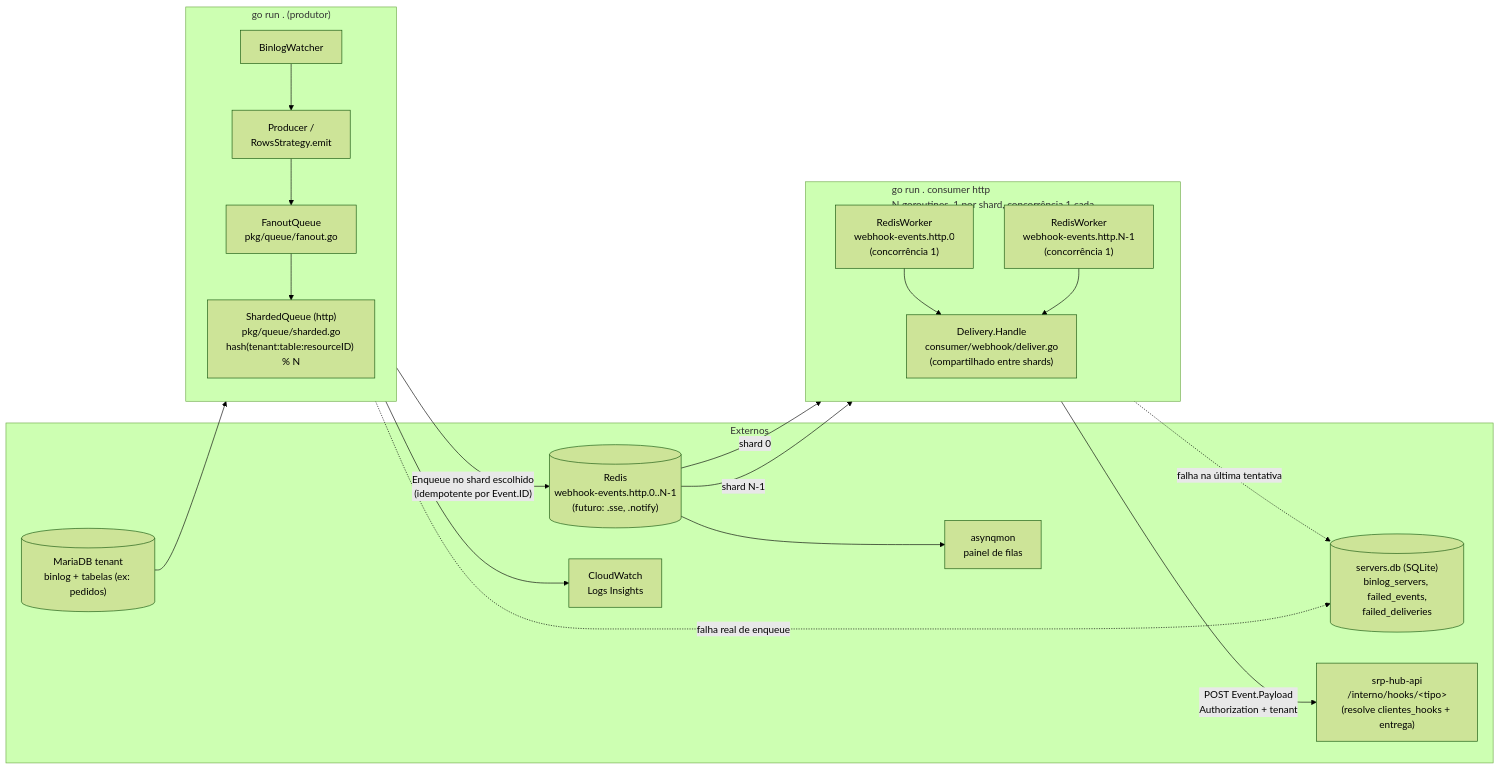
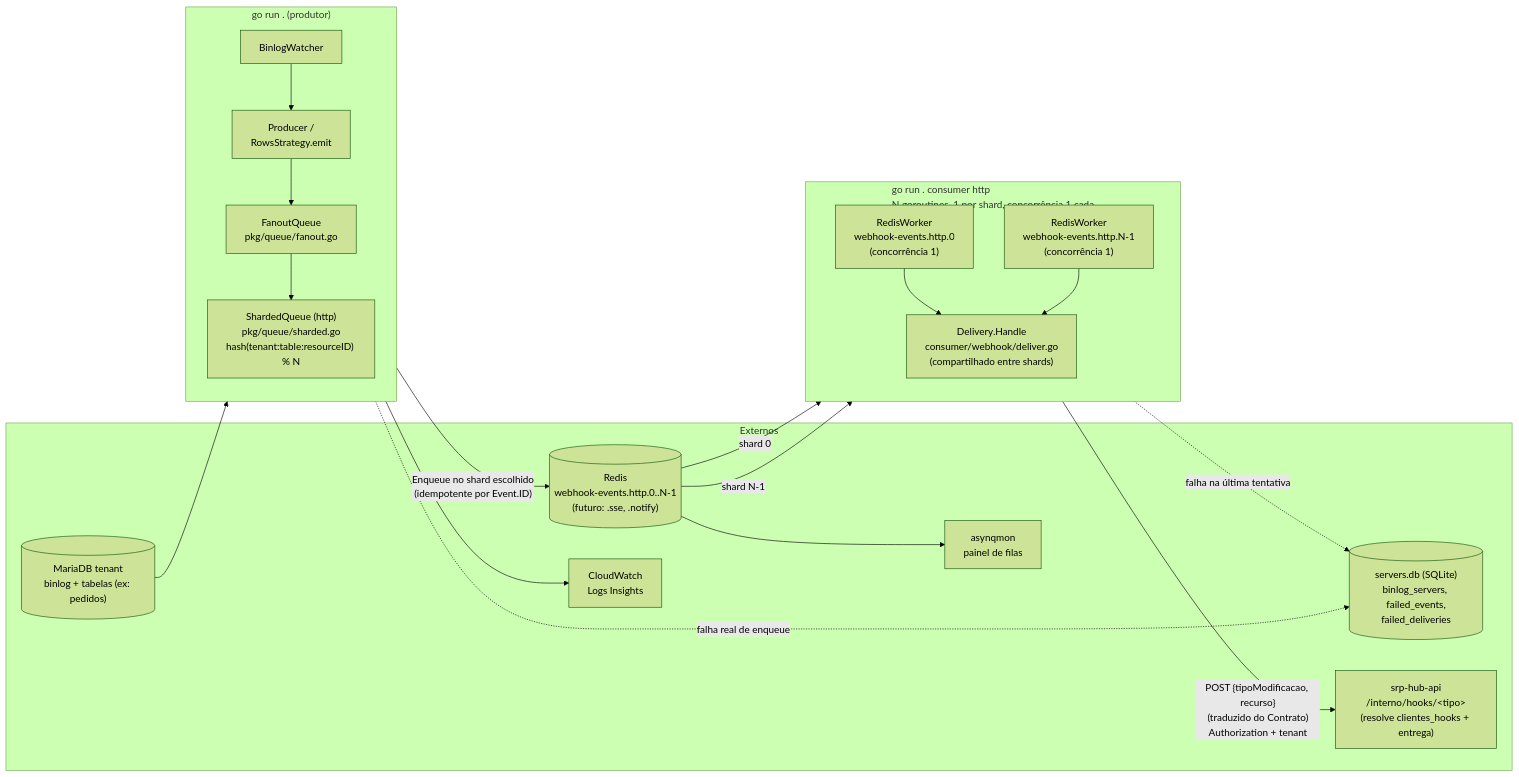
Before and after one commit to AlisonSimiao/webhook-watcher: the diagram in README.md, drawn with Mermaid (forest theme). The commit also changed other lines of this file and 18 other files, not shown here.

````diff
--- a/README.md
+++ b/README.md
@@ -79,36 +79,36 @@
 ```mermaid
 flowchart LR
     subgraph Ext["Externos"]
         MDB[("MariaDB tenant<br/>binlog + tabelas (ex: pedidos)")]
         SQLITE[("servers.db (SQLite)<br/>binlog_servers, failed_events,<br/>failed_deliveries")]
         REDIS[("Redis<br/>webhook-events.http.0..N-1<br/>(futuro: .sse, .notify)")]
         ASYNQMON["asynqmon<br/>painel de filas"]
         SRPAPI["srp-hub-api<br/>/interno/hooks/&lt;tipo&gt;<br/>(resolve clientes_hooks + entrega)"]
         CLOUD["CloudWatch<br/>Logs Insights"]
     end
 
     subgraph Producer["go run . (produtor)"]
         direction TB
         BW["BinlogWatcher"]
         PROD["Producer /<br/>RowsStrategy.emit"]
         FANOUT["FanoutQueue<br/>pkg/queue/fanout.go"]
         SHARD["ShardedQueue (http)<br/>pkg/queue/sharded.go<br/>hash(tenant:table:resourceID) % N"]
     end
 
     subgraph ConsumerHTTP["go run . consumer http<br/>N goroutines, 1 por shard, concorrência 1 cada"]
         direction TB
         WORKER0["RedisWorker<br/>webhook-events.http.0<br/>(concorrência 1)"]
         WORKERN["RedisWorker<br/>webhook-events.http.N-1<br/>(concorrência 1)"]
         DELIVERY["Delivery.Handle<br/>consumer/webhook/deliver.go<br/>(compartilhado entre shards)"]
     end
 
     MDB --> BW --> PROD --> FANOUT --> SHARD
     SHARD -->|"Enqueue no shard escolhido<br/>(idempotente por Event.ID)"| REDIS
     FANOUT -.->|"falha real de enqueue"| SQLITE
     REDIS --> ASYNQMON
     REDIS -->|"shard 0"| WORKER0 --> DELIVERY
     REDIS -->|"shard N-1"| WORKERN --> DELIVERY
-    DELIVERY -->|"POST Event.Payload<br/>Authorization + tenant"| SRPAPI
+    DELIVERY -->|"POST {tipoModificacao, recurso}<br/>(traduzido do Contrato)<br/>Authorization + tenant"| SRPAPI
     DELIVERY -.->|"falha na última tentativa"| SQLITE
     PROD --> CLOUD
 ```
````
